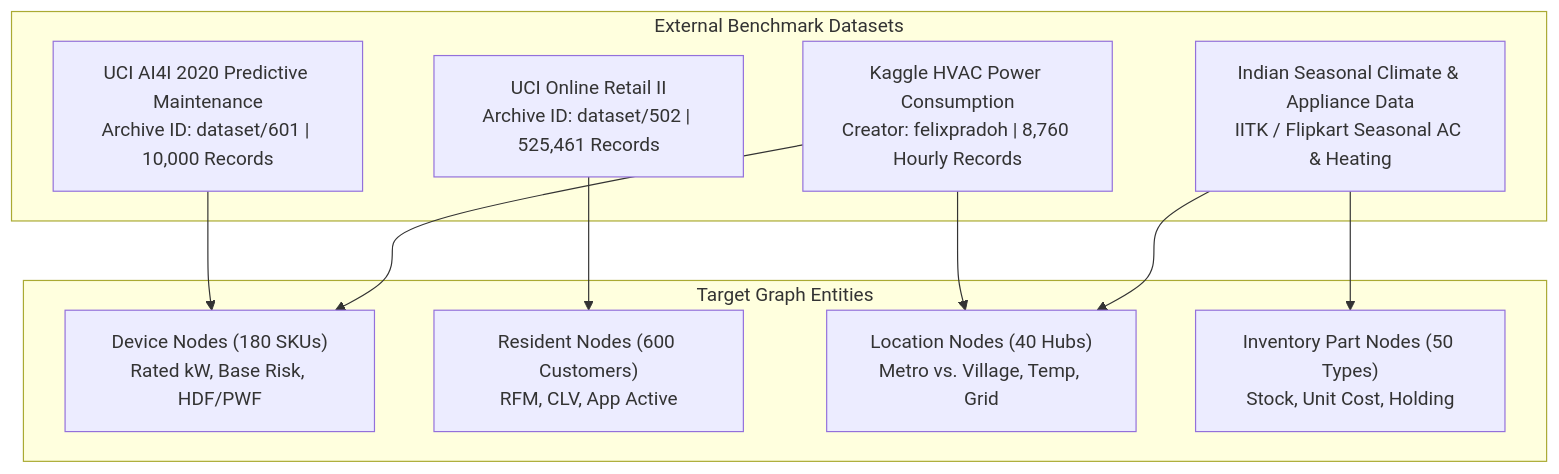
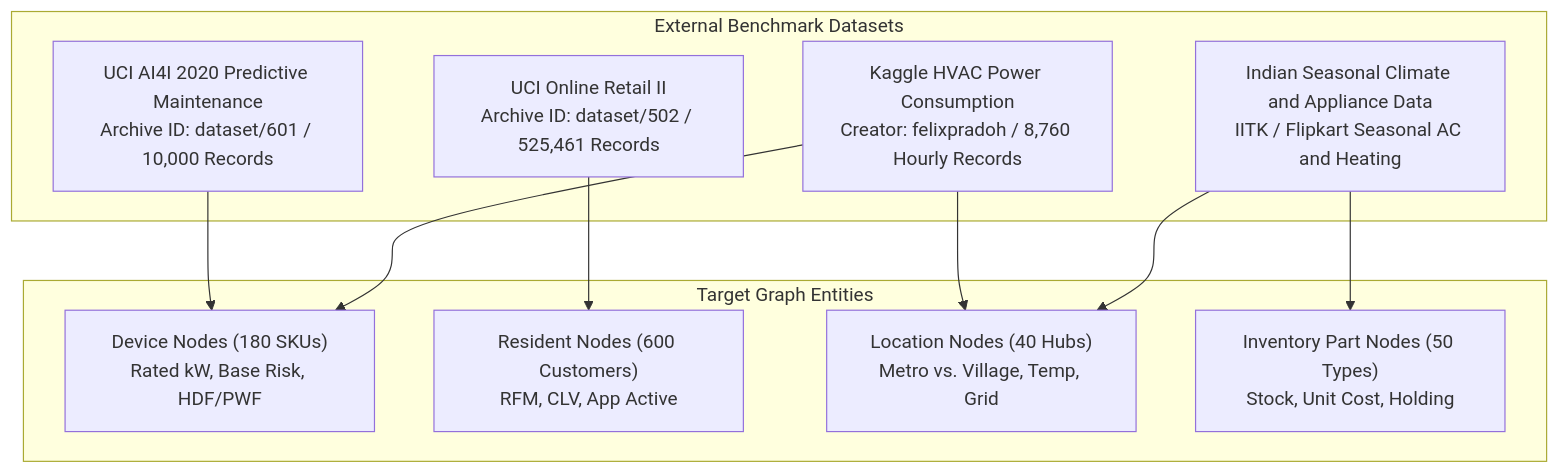
One commit to AnimeshBasak-14/SmartHVAC changed the diagram in docs/ml_lifecycle/02_Data_Collection.md. Above: the diagram before and after it, drawn with Mermaid. The commit also changed 51 other files, not shown here.

````diff
--- a/docs/ml_lifecycle/02_Data_Collection.md
+++ b/docs/ml_lifecycle/02_Data_Collection.md
@@ -13,23 +13,23 @@
 ```mermaid
-graph TD
-    subgraph Raw_Benchmark_Datasets [External Benchmark Datasets]
-        D1["UCI AI4I 2020 Predictive Maintenance<br>Archive ID: dataset/601 | 10,000 Records"]
-        D2["UCI Online Retail II<br>Archive ID: dataset/502 | 525,461 Records"]
-        D3["Kaggle HVAC Power Consumption<br>Creator: felixpradoh | 8,760 Hourly Records"]
-        D4["Indian Seasonal Climate & Appliance Data<br>IITK / Flipkart Seasonal AC & Heating"]
+flowchart TD
+    subgraph Raw_Benchmark_Datasets["External Benchmark Datasets"]
+        D1["UCI AI4I 2020 Predictive Maintenance<br>Archive ID: dataset/601 / 10,000 Records"]
+        D2["UCI Online Retail II<br>Archive ID: dataset/502 / 525,461 Records"]
+        D3["Kaggle HVAC Power Consumption<br>Creator: felixpradoh / 8,760 Hourly Records"]
+        D4["Indian Seasonal Climate and Appliance Data<br>IITK / Flipkart Seasonal AC and Heating"]
     end
 
-    subgraph Graph_Nodes [Target Graph Entities]
+    subgraph Graph_Nodes["Target Graph Entities"]
         N_Dev["Device Nodes (180 SKUs)<br>Rated kW, Base Risk, HDF/PWF"]
         N_Res["Resident Nodes (600 Customers)<br>RFM, CLV, App Active"]
         N_Loc["Location Nodes (40 Hubs)<br>Metro vs. Village, Temp, Grid"]
         N_Part["Inventory Part Nodes (50 Types)<br>Stock, Unit Cost, Holding"]
     end
 
     D1 --> N_Dev
     D2 --> N_Res
     D3 --> N_Dev
     D3 --> N_Loc
     D4 --> N_Loc
     D4 --> N_Part
 ```
````
